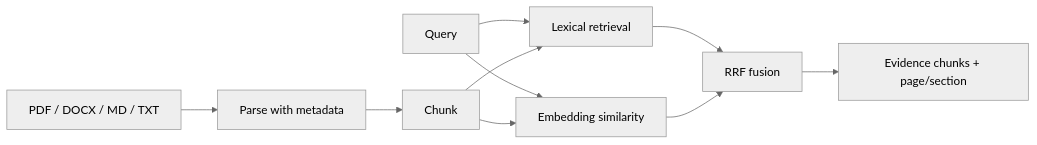
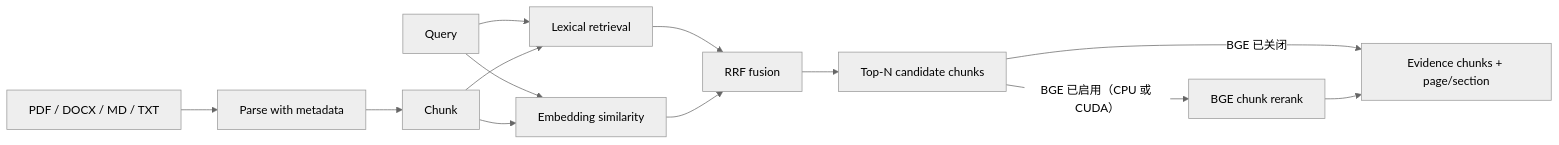
Before and after one commit to francis3253161180-maker/researchflow-agent: the second of 2 diagrams in docs/architecture-and-decisions.md, drawn with Mermaid (neutral theme). The commit also changed other lines of this file and 16 other files, not shown here.

````diff
--- a/docs/architecture-and-decisions.md
+++ b/docs/architecture-and-decisions.md
@@ -71,12 +71,15 @@
 ```mermaid
 flowchart LR
     D[PDF / DOCX / MD / TXT] --> P[Parse with metadata]
     P --> C[Chunk]
     Q[Query] --> B[Lexical retrieval]
     Q --> V[Embedding similarity]
     C --> B
     C --> V
     B --> F[RRF fusion]
     V --> F
-    F --> E[Evidence chunks + page/section]
+    F --> N[Top-N candidate chunks]
+    N -->|"BGE 已关闭"| E[Evidence chunks + page/section]
+    N -->|"BGE 已启用（CPU 或 CUDA）"| R[BGE chunk rerank]
+    R --> E
 ```
````
